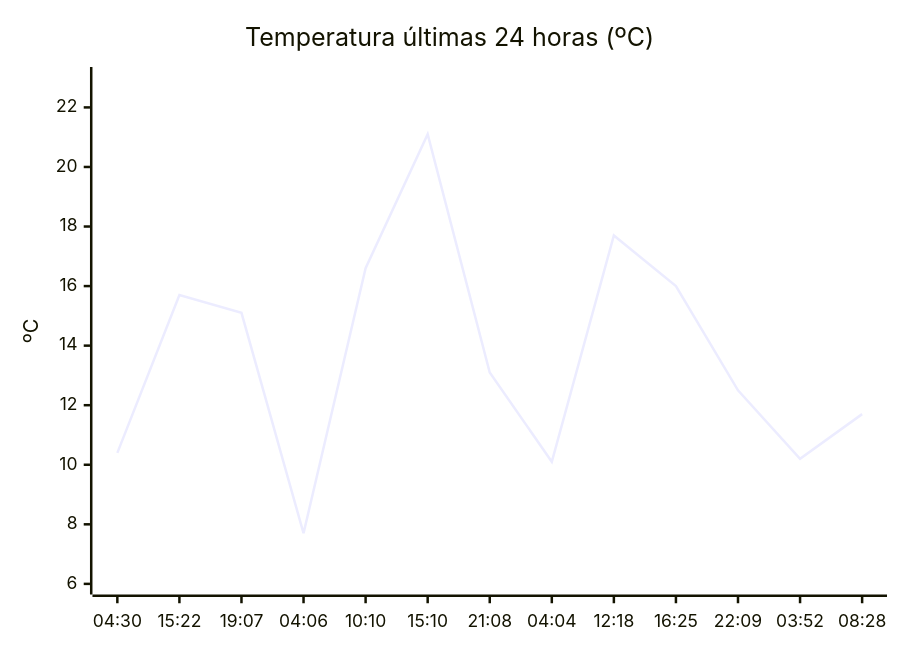
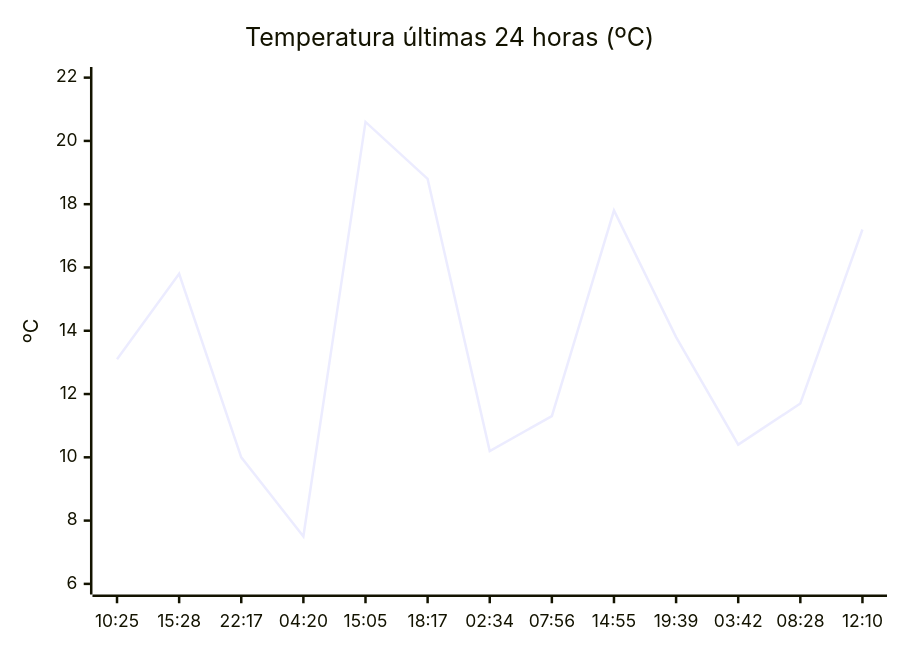
One commit to solidsnk86/rem-scrap changed the diagram in README.md. Above: the diagram before and after it, drawn with Mermaid. The commit also changed other lines of this file, not shown here.

````diff
--- a/README.md
+++ b/README.md
@@ -32,7 +32,7 @@
 ```mermaid
 xychart-beta
     title "Temperatura últimas 24 horas (ºC)"
-    x-axis ["04:30", "15:22", "19:07", "04:06", "10:10", "15:10", "21:08", "04:04", "12:18", "16:25", "22:09", "03:52", "08:28"]
-    y-axis "ºC" 6 --> 23
-    line [10.4, 15.7, 15.1, 7.7, 16.6, 21.1, 13.1, 10.1, 17.7, 16, 12.5, 10.2, 11.7]
+    x-axis ["10:25", "15:28", "22:17", "04:20", "15:05", "18:17", "02:34", "07:56", "14:55", "19:39", "03:42", "08:28", "12:10"]
+    y-axis "ºC" 6 --> 22
+    line [13.1, 15.8, 10, 7.5, 20.6, 18.8, 10.2, 11.3, 17.8, 13.8, 10.4, 11.7, 17.2]
 ```
````
